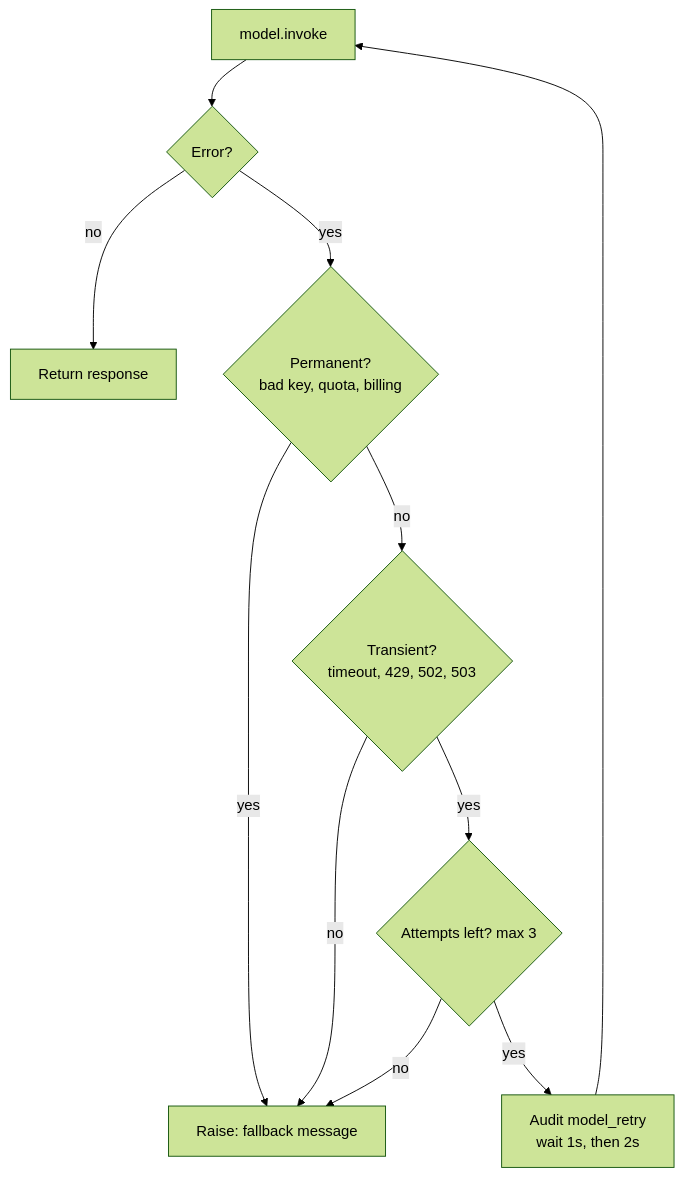
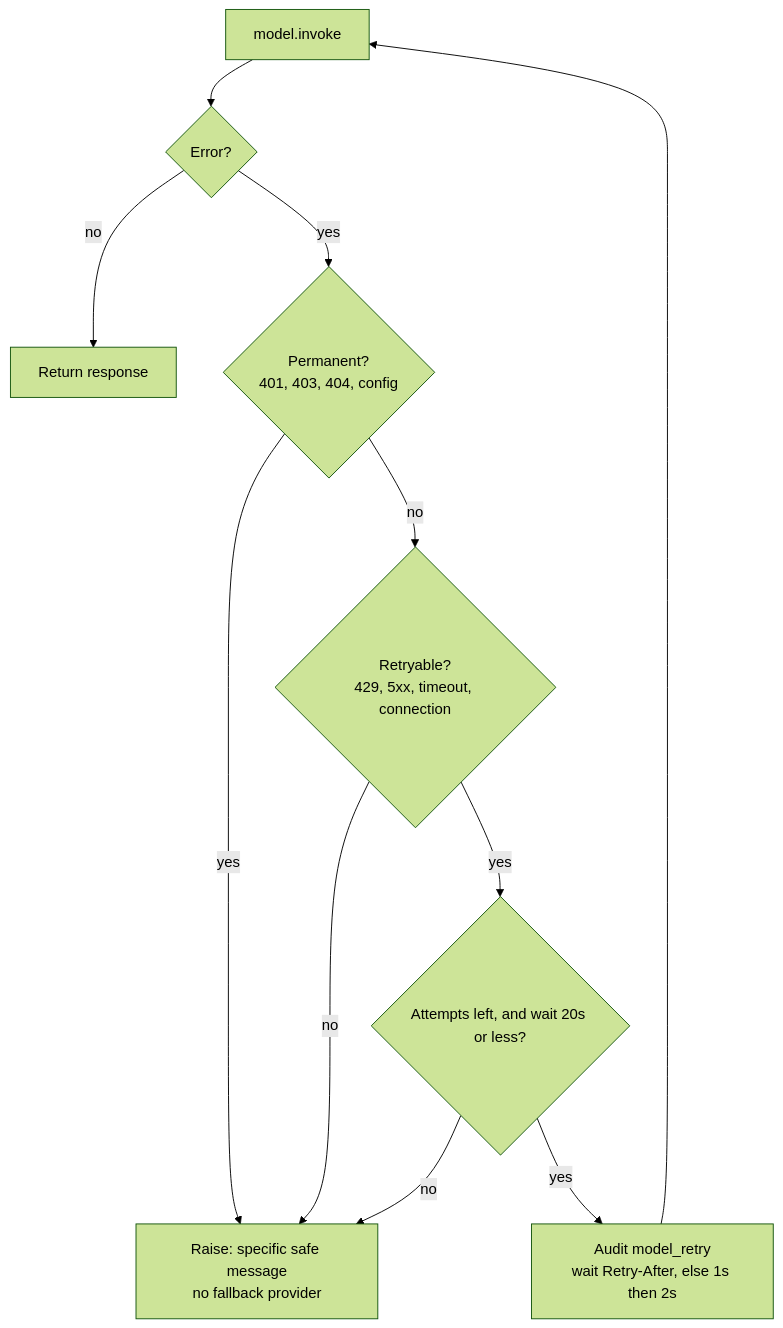
Before and after one commit to Nagendrakumarkv/FDE_COLD_CHAIN_AI: the fifth of 8 diagrams in context/workflow.md, drawn with Mermaid (forest theme). The commit also changed other lines of this file and 19 other files, not shown here.

````diff
--- a/context/workflow.md
+++ b/context/workflow.md
@@ -95,12 +95,12 @@
 ```mermaid
 flowchart TD
     A[model.invoke] --> B{Error?}
     B -->|no| OK[Return response]
-    B -->|yes| C{Permanent?<br/>bad key, quota, billing}
-    C -->|yes| FAIL[Raise: fallback message]
-    C -->|no| D{Transient?<br/>timeout, 429, 502, 503}
+    B -->|yes| C{Permanent?<br/>401, 403, 404, config}
+    C -->|yes| FAIL[Raise: specific safe message<br/>no fallback provider]
+    C -->|no| D{Retryable?<br/>429, 5xx, timeout, connection}
     D -->|no| FAIL
-    D -->|yes| E{Attempts left? max 3}
+    D -->|yes| E{Attempts left, and wait 20s or less?}
     E -->|no| FAIL
-    E -->|yes| W[Audit model_retry<br/>wait 1s, then 2s] --> A
+    E -->|yes| W[Audit model_retry<br/>wait Retry-After, else 1s then 2s] --> A
 ```
````
